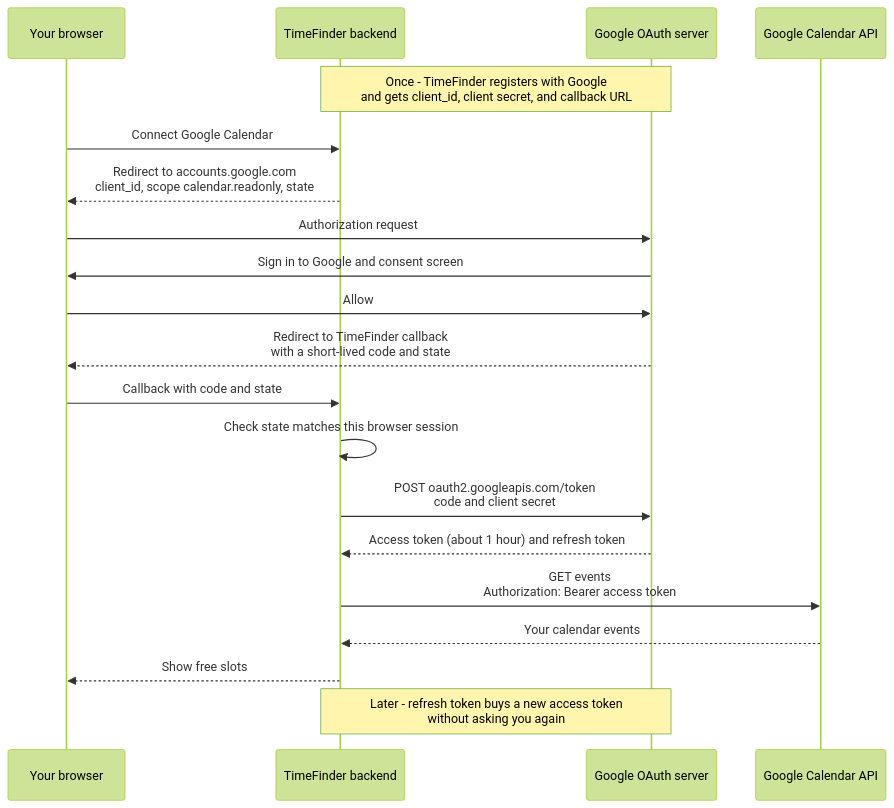
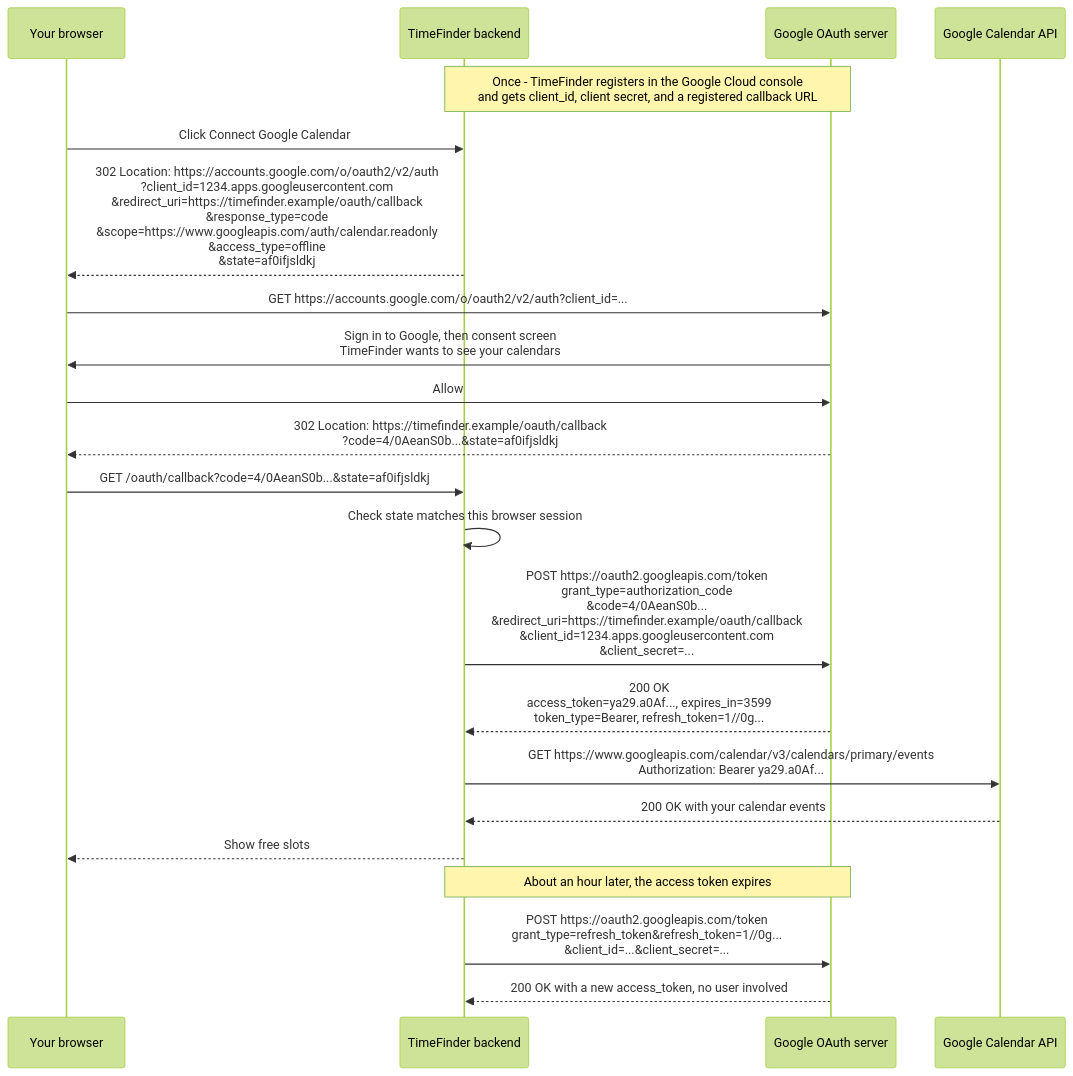
One commit to fsw0422/sd-handbook changed the first of 5 diagrams in cheatsheets/oauth.md. Above: the diagram before and after it, drawn with Mermaid (forest theme). The commit also changed other lines of this file and 1 other file, not shown here.

First line of the commit message:
docs: add URLs to OAuth diagrams, explain app-only access, split OIDC from PKCE

````diff
--- a/cheatsheets/oauth.md
+++ b/cheatsheets/oauth.md
@@ -17,23 +17,25 @@
 ```mermaid
 sequenceDiagram
     participant U as Your browser
     participant T as TimeFinder backend
     participant G as Google OAuth server
     participant API as Google Calendar API
 
-    Note over T,G: Once - TimeFinder registers with Google<br/>and gets client_id, client secret, and callback URL
-    U->>T: Connect Google Calendar
-    T-->>U: Redirect to accounts.google.com<br/>client_id, scope calendar.readonly, state
-    U->>G: Authorization request
-    G->>U: Sign in to Google and consent screen
+    Note over T,G: Once - TimeFinder registers in the Google Cloud console<br/>and gets client_id, client secret, and a registered callback URL
+    U->>T: Click Connect Google Calendar
+    T-->>U: 302 Location: https://accounts.google.com/o/oauth2/v2/auth<br/>?client_id=1234.apps.googleusercontent.com<br/>&redirect_uri=https://timefinder.example/oauth/callback<br/>&response_type=code<br/>&scope=https://www.googleapis.com/auth/calendar.readonly<br/>&access_type=offline<br/>&state=af0ifjsldkj
+    U->>G: GET https://accounts.google.com/o/oauth2/v2/auth?client_id=...
+    G->>U: Sign in to Google, then consent screen<br/>TimeFinder wants to see your calendars
     U->>G: Allow
-    G-->>U: Redirect to TimeFinder callback<br/>with a short-lived code and state
-    U->>T: Callback with code and state
+    G-->>U: 302 Location: https://timefinder.example/oauth/callback<br/>?code=4/0AeanS0b...&state=af0ifjsldkj
+    U->>T: GET /oauth/callback?code=4/0AeanS0b...&state=af0ifjsldkj
     T->>T: Check state matches this browser session
-    T->>G: POST oauth2.googleapis.com/token<br/>code and client secret
-    G-->>T: Access token (about 1 hour) and refresh token
-    T->>API: GET events<br/>Authorization: Bearer access token
-    API-->>T: Your calendar events
+    T->>G: POST https://oauth2.googleapis.com/token<br/>grant_type=authorization_code<br/>&code=4/0AeanS0b...<br/>&redirect_uri=https://timefinder.example/oauth/callback<br/>&client_id=1234.apps.googleusercontent.com<br/>&client_secret=...
+    G-->>T: 200 OK<br/>access_token=ya29.a0Af..., expires_in=3599<br/>token_type=Bearer, refresh_token=1//0g...
+    T->>API: GET https://www.googleapis.com/calendar/v3/calendars/primary/events<br/>Authorization: Bearer ya29.a0Af...
+    API-->>T: 200 OK with your calendar events
     T-->>U: Show free slots
-    Note over T,G: Later - refresh token buys a new access token<br/>without asking you again
+    Note over T,G: About an hour later, the access token expires
+    T->>G: POST https://oauth2.googleapis.com/token<br/>grant_type=refresh_token&refresh_token=1//0g...<br/>&client_id=...&client_secret=...
+    G-->>T: 200 OK with a new access_token, no user involved
 ```
````
